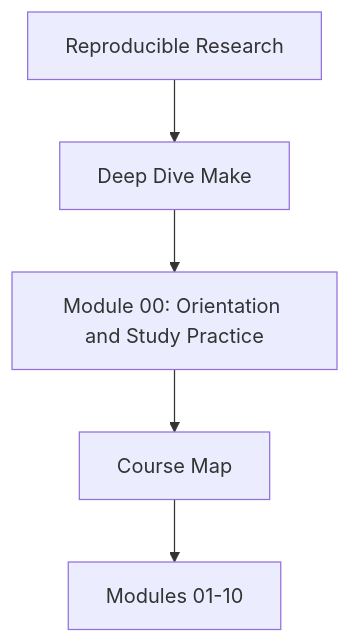
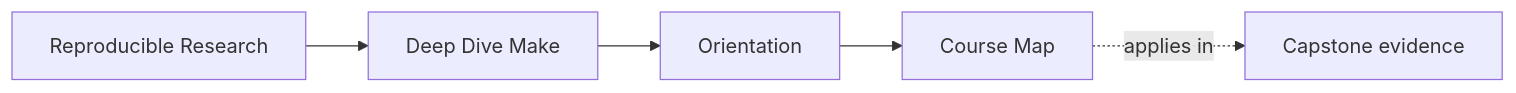
One commit to bijux/bijux-masterclass changed the first of 2 diagrams in programs/reproducible-research/deep-dive-make/course-book/module-00-orientation/course-map.md. Above: the diagram before and after it, drawn with Mermaid. The commit also changed other lines of this file and 146 other files, not shown here.

Commit message:
docs(deep-dive-make): map build truth and release review surfaces

````diff
--- a/programs/reproducible-research/deep-dive-make/course-book/module-00-orientation/course-map.md
+++ b/programs/reproducible-research/deep-dive-make/course-book/module-00-orientation/course-map.md
@@ -6,7 +6,11 @@
 ```mermaid
-flowchart TD
-  family["Reproducible Research"] --> program["Deep Dive Make"]
-  program --> module["Module 00: Orientation and Study Practice"]
-  module --> concept["Course Map"]
-  concept --> modules["Modules 01-10"]
+graph LR
+  family["Reproducible Research"]
+  program["Deep Dive Make"]
+  section["Orientation"]
+  page["Course Map"]
+  capstone["Capstone evidence"]
+
+  family --> program --> section --> page
+  page -.applies in.-> capstone
 ```
````
